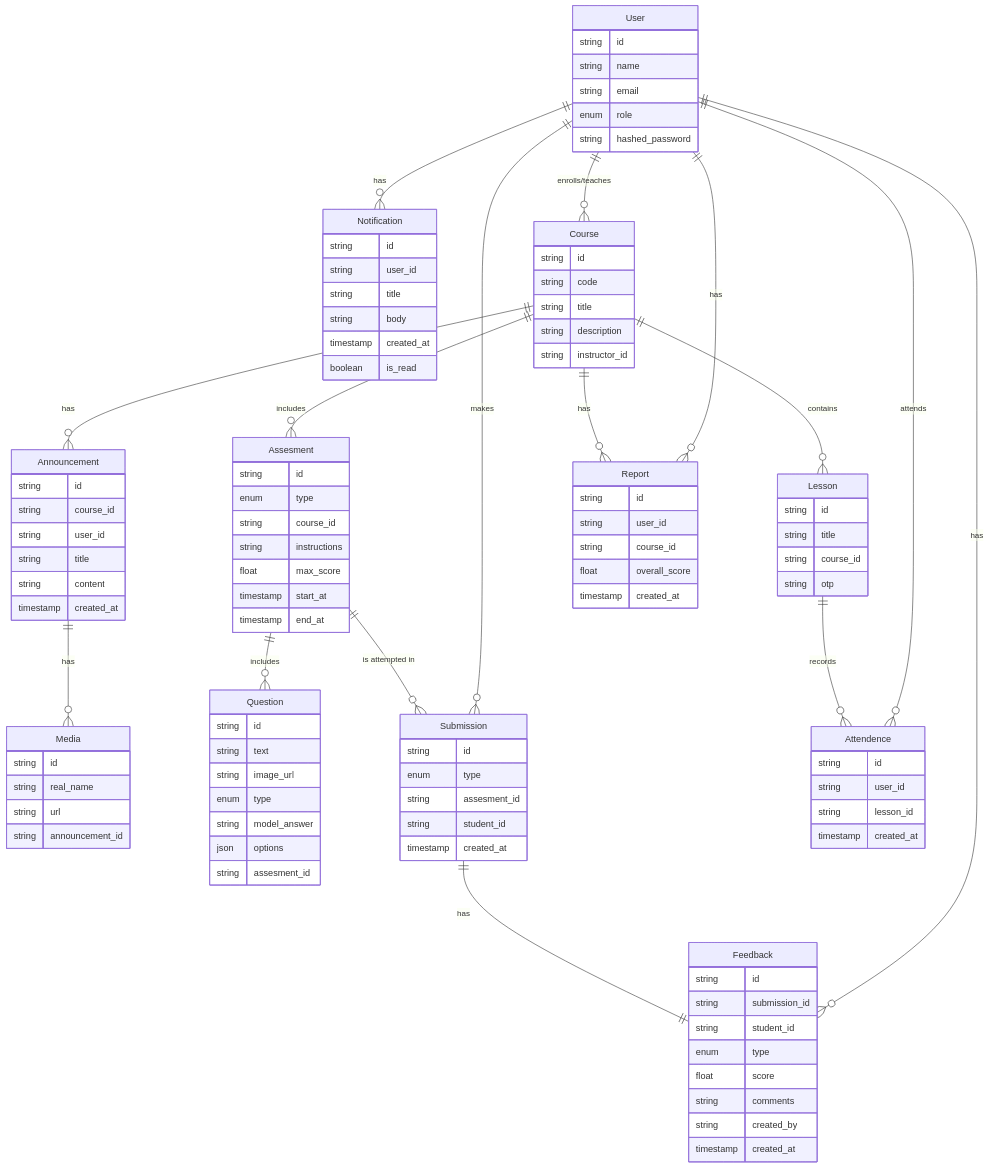
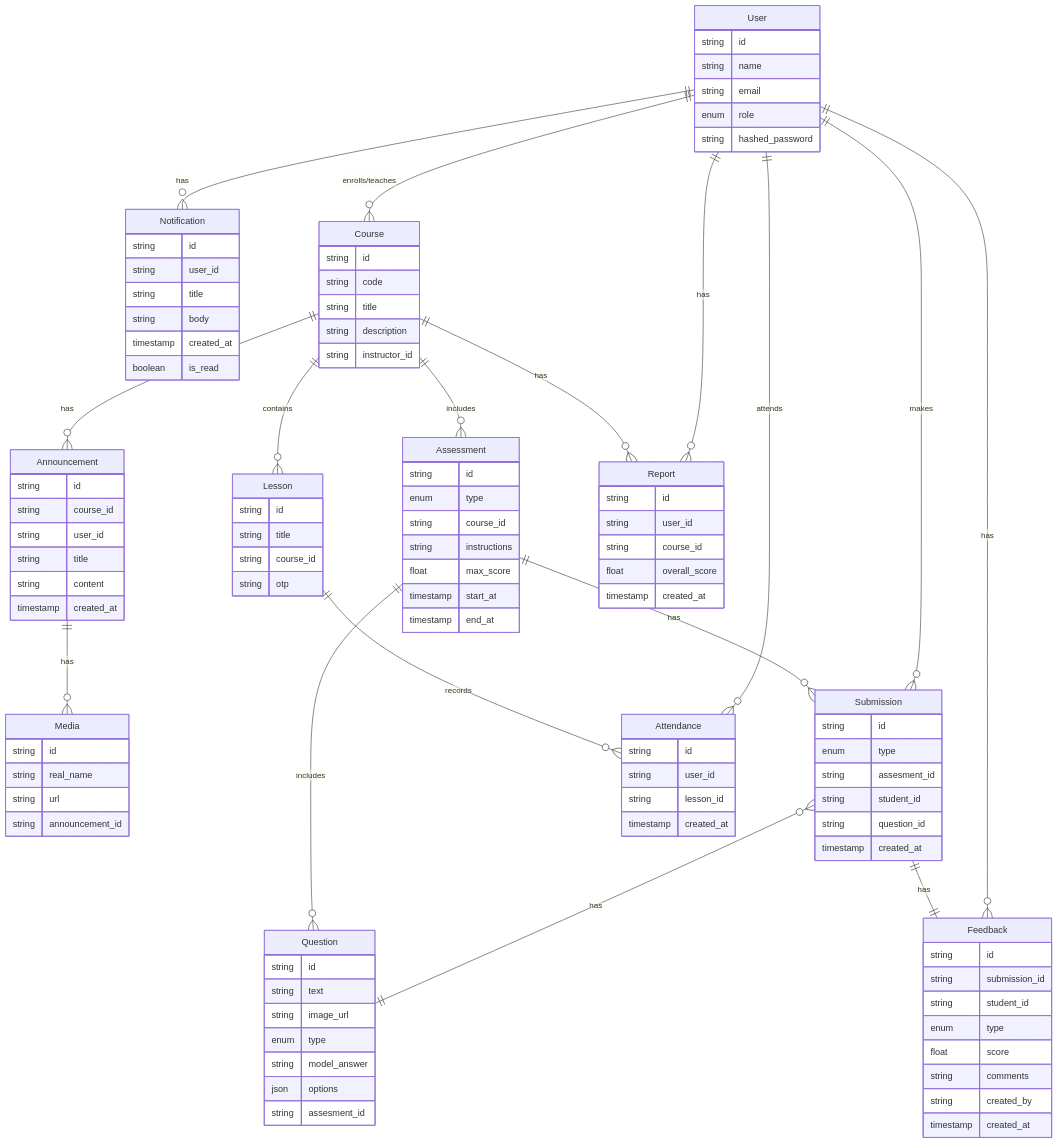
The diagram in docs/DataViewpoint/ERDiagram.mermaid (ahmedosamaft/Learning-Management-System), drawn with Mermaid before and after one commit. The commit also changed 2 other files, not shown here.

Commit message:
Updated: ER Diagram

```diff
--- a/docs/DataViewpoint/ERDiagram.mermaid
+++ b/docs/DataViewpoint/ERDiagram.mermaid
@@ -1,112 +1,114 @@
 erDiagram
     User {
         string id
         string name
         string email
         enum role
         string hashed_password
     }
     Notification {
         string id
         string user_id
         string title
         string body
         timestamp created_at
         boolean is_read
     }
     Course {
         string id
         string code
         string title
         string description
         string instructor_id
     }
     Announcement {
         string id
         string course_id
         string user_id
         string title
         string content
         timestamp created_at
     }
     Lesson {
         string id
         string title
         string course_id
         string otp
     }
     Media {
         string id
         string real_name
         string url
         string announcement_id
     }
     Question {
         string id
         string text
         string image_url
         enum type
         string model_answer
         json options
         string assesment_id
     }
 
-    Assesment {
+    Assessment {
         string id
         enum type
         string course_id
         string instructions
         float max_score
         timestamp start_at
         timestamp end_at
     }
 
     Submission {
         string id
         enum type
         string assesment_id
         string student_id
+        string question_id
         timestamp created_at
     }
 
-    Attendence {
+    Attendance {
         string id
         string user_id
         string lesson_id
         timestamp created_at
     }
 
     Feedback {
         string id
         string submission_id
         string student_id
         enum type
         float score
         string comments
         string created_by
         timestamp created_at
     }
 
     Report {
         string id
         string user_id
         string course_id
         float overall_score
         timestamp created_at
     }
 
     User ||--o{ Course: "enrolls/teaches"
     Course ||--o{ Report: "has"
     User ||--o{ Report: "has"
     Course ||--o{ Lesson: "contains"
-    Course ||--o{ Assesment: "includes"
-    Lesson ||--o{ Attendence: "records"
-    Assesment ||--o{ Question: "includes"
-    Assesment ||--o{ Submission: "is attempted in"
+    Course ||--o{ Assessment: "includes"
+    Lesson ||--o{ Attendance: "records"
+    Assessment ||--o{ Question: "includes"
+    Assessment ||--o{ Submission: "has"
+    Submission }o--|| Question: "has"
     Submission ||--|| Feedback: "has"
     User ||--o{ Submission: "makes"
     User ||--o{ Notification: "has"
-    User ||--o{ Attendence: "attends"
+    User ||--o{ Attendance: "attends"
     User ||--o{ Feedback: "has"
     Course ||--o{ Announcement: "has"
     Announcement ||--o{ Media: "has"
```
